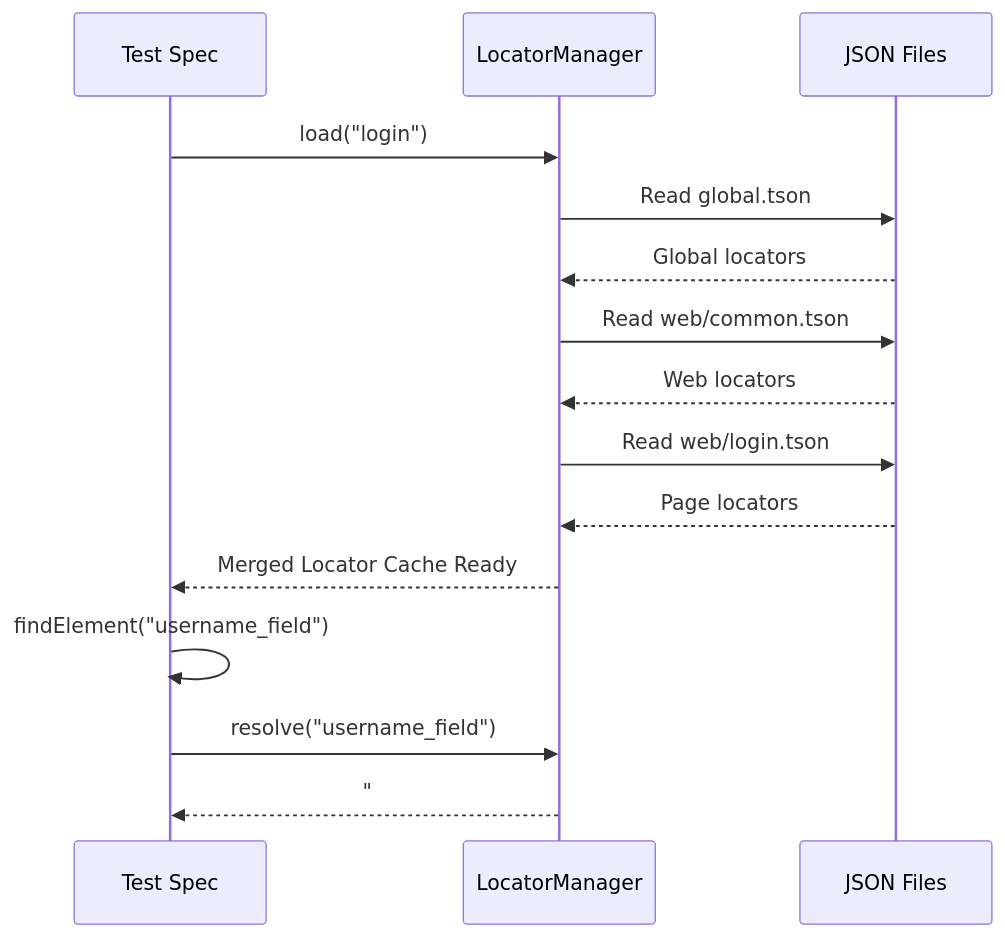
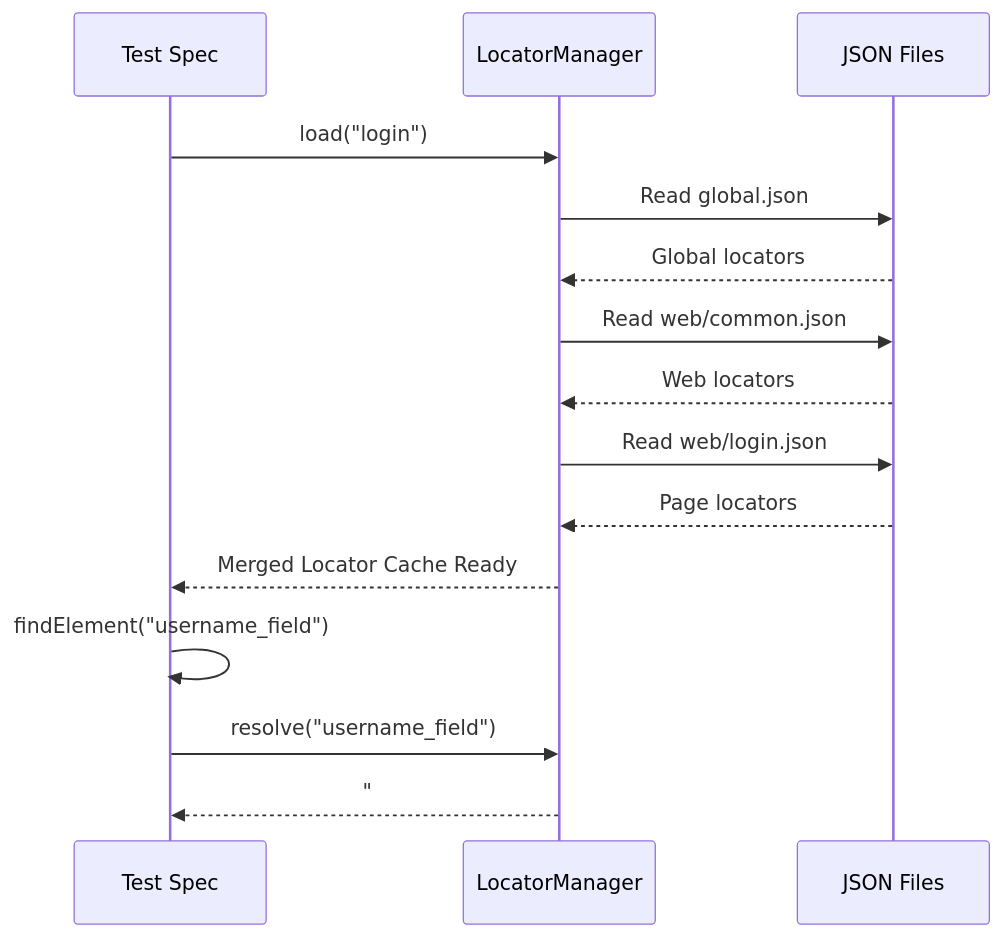
The third of 4 diagrams in docs/docs/architecture/overview.md (vinipx/taflex-ts), drawn with Mermaid before and after one commit. The commit also changed other lines of this file and 15 other files, not shown here.

````diff
--- a/docs/docs/architecture/overview.md
+++ b/docs/docs/architecture/overview.md
@@ -136,19 +136,19 @@
 ```mermaid
 sequenceDiagram
     participant Test as Test Spec
     participant LM as LocatorManager
     participant File as JSON Files
 
     Test->>LM: load("login")
-    LM->>File: Read global.tson
+    LM->>File: Read global.json
     File-->>LM: Global locators
-    LM->>File: Read web/common.tson
+    LM->>File: Read web/common.json
     File-->>LM: Web locators
-    LM->>File: Read web/login.tson
+    LM->>File: Read web/login.json
     File-->>LM: Page locators
     LM-->>Test: Merged Locator Cache Ready
 
     Test->>Test: findElement("username_field")
     Test->>LM: resolve("username_field")
     LM-->>Test: "#login-user"
 ```
````
